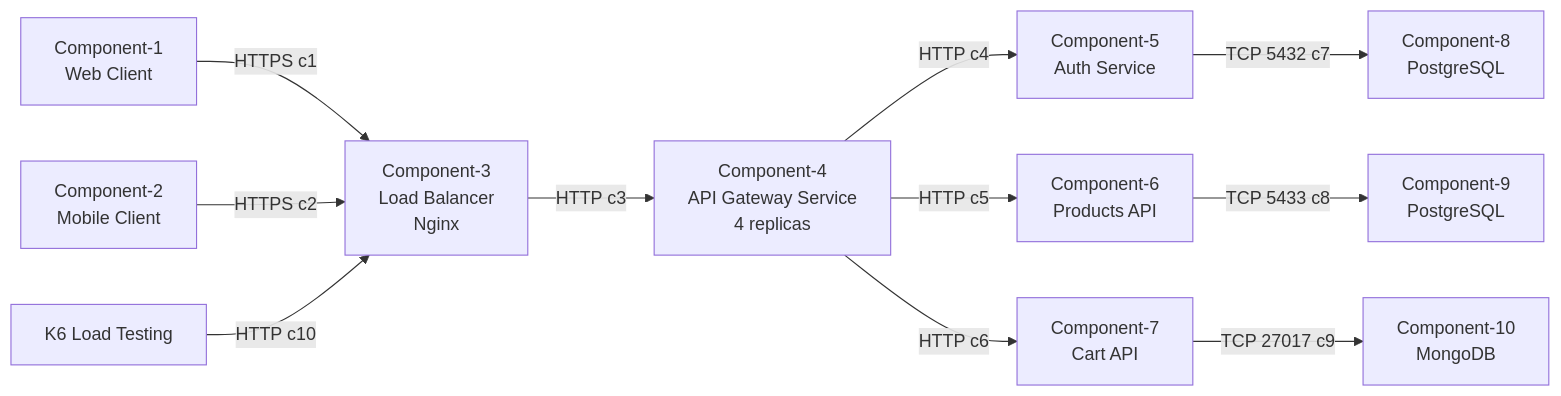
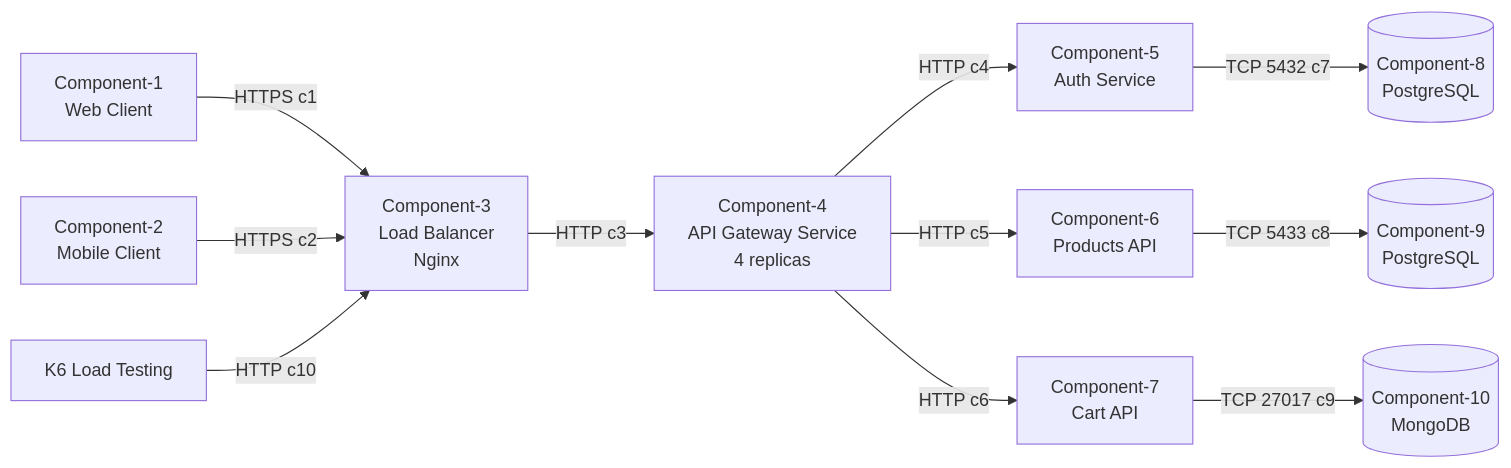
The first of 12 diagrams in README.md (juanalytics/tussi), drawn with Mermaid before and after one commit.

Commit message:
Update db icon

````diff
--- a/README.md
+++ b/README.md
@@ -168,25 +168,25 @@
 ```mermaid
 graph LR
     WebClient[Component-1<br/>Web Client]
     MobileClient[Component-2<br/>Mobile Client]
     LoadBalancer[Component-3<br/>Load Balancer<br/>Nginx]
     APIGateway[Component-4<br/>API Gateway Service<br/>4 replicas]
     AuthService[Component-5<br/>Auth Service]
     ProductsAPI[Component-6<br/>Products API]
     CartAPI[Component-7<br/>Cart API]
-    AuthDB[Component-8<br/>PostgreSQL]
-    ProductsDB[Component-9<br/>PostgreSQL]
-    CartDB[Component-10<br/>MongoDB]
+    AuthDB[(Component-8<br/>PostgreSQL)]
+    ProductsDB[(Component-9<br/>PostgreSQL)]
+    CartDB[(Component-10<br/>MongoDB)]
     K6[K6 Load Testing]
 
     WebClient -- "HTTPS c1" --> LoadBalancer
     MobileClient -- "HTTPS c2" --> LoadBalancer
     K6 -- "HTTP c10" --> LoadBalancer
     LoadBalancer -- "HTTP c3" --> APIGateway
     APIGateway -- "HTTP c4" --> AuthService
     APIGateway -- "HTTP c5" --> ProductsAPI
     APIGateway -- "HTTP c6" --> CartAPI
     AuthService -- "TCP 5432 c7" --> AuthDB
     ProductsAPI -- "TCP 5433 c8" --> ProductsDB
     CartAPI -- "TCP 27017 c9" --> CartDB
 ```
````
